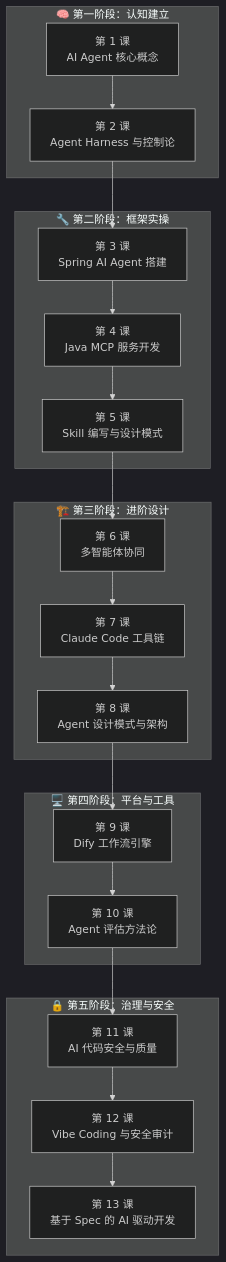
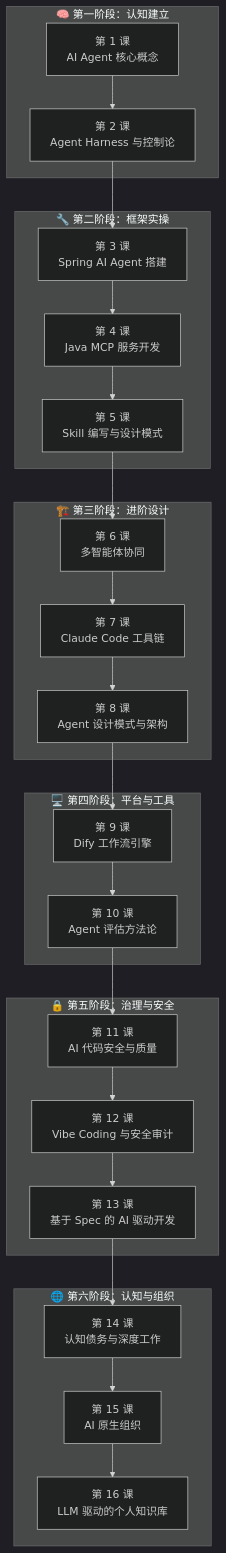
Before and after one commit to wb04307201/wb04307201: the diagram in note/11.ai/training/README.md, drawn with Mermaid (dark theme). The commit also changed other lines of this file and 107 other files, not shown here.

````diff
--- a/note/11.ai/training/README.md
+++ b/note/11.ai/training/README.md
@@ -10,43 +10,52 @@
 ```mermaid
 graph TD
     subgraph P1["🧠 第一阶段：认知建立"]
         L1["第 1 课<br/>AI Agent 核心概念"]
         L2["第 2 课<br/>Agent Harness 与控制论"]
     end
 
     subgraph P2["🔧 第二阶段：框架实操"]
         L3["第 3 课<br/>Spring AI Agent 搭建"]
         L4["第 4 课<br/>Java MCP 服务开发"]
         L5["第 5 课<br/>Skill 编写与设计模式"]
     end
 
     subgraph P3["🏗️ 第三阶段：进阶设计"]
         L6["第 6 课<br/>多智能体协同"]
         L7["第 7 课<br/>Claude Code 工具链"]
         L8["第 8 课<br/>Agent 设计模式与架构"]
     end
 
     subgraph P4["🖥️ 第四阶段：平台与工具"]
         L9["第 9 课<br/>Dify 工作流引擎"]
         L10["第 10 课<br/>Agent 评估方法论"]
     end
 
     subgraph P5["🔒 第五阶段：治理与安全"]
         L11["第 11 课<br/>AI 代码安全与质量"]
         L12["第 12 课<br/>Vibe Coding 与安全审计"]
         L13["第 13 课<br/>基于 Spec 的 AI 驱动开发"]
     end
 
+    subgraph P6["🌐 第六阶段：认知与组织"]
+        L14["第 14 课<br/>认知债务与深度工作"]
+        L15["第 15 课<br/>AI 原生组织"]
+        L16["第 16 课<br/>LLM 驱动的个人知识库"]
+    end
+
     L1 --> L2
     L2 --> L3
     L3 --> L4
     L4 --> L5
     L5 --> L6
     L6 --> L7
     L7 --> L8
     L8 --> L9
     L9 --> L10
     L10 --> L11
     L11 --> L12
     L12 --> L13
+    L13 --> L14
+    L14 --> L15
+    L15 --> L16
 ```
````
